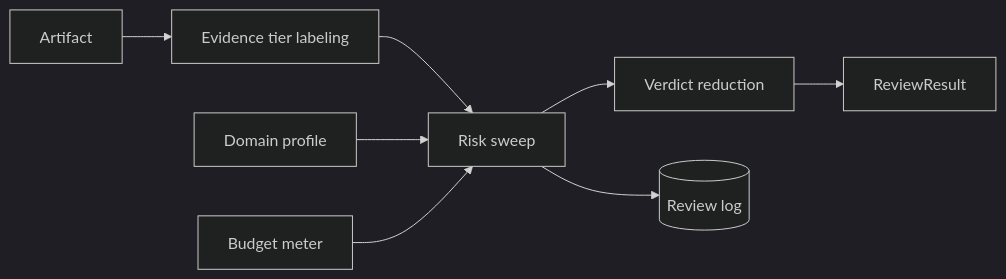
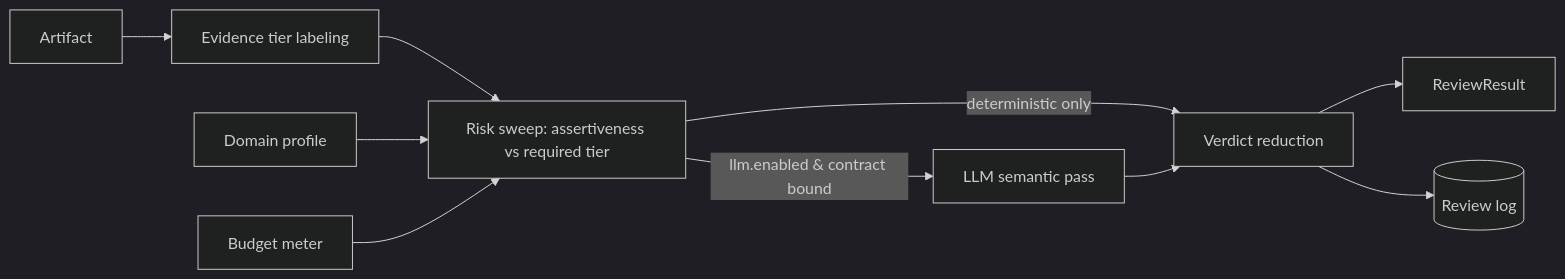
The diagram in docs-site/docs/index.md (padosoft/laravel-evidence-risk-review), drawn with Mermaid (dark theme) before and after one commit. The commit also changed other lines of this file and 1 other file, not shown here.

````diff
--- a/docs-site/docs/index.md
+++ b/docs-site/docs/index.md
@@ -40,10 +187,12 @@
 ```mermaid
 flowchart LR
   A[Artifact] --> B[Evidence tier labeling]
-  B --> C[Risk sweep]
-  C --> D[Verdict reduction]
-  D --> E[ReviewResult]
-  C --> F[(Review log)]
+  B --> C[Risk sweep: assertiveness vs required tier]
   G[Domain profile] --> C
   H[Budget meter] --> C
+  C -->|llm.enabled & contract bound| L[LLM semantic pass]
+  C -->|deterministic only| D[Verdict reduction]
+  L --> D
+  D --> E[ReviewResult]
+  D --> F[(Review log)]
 ```
````
